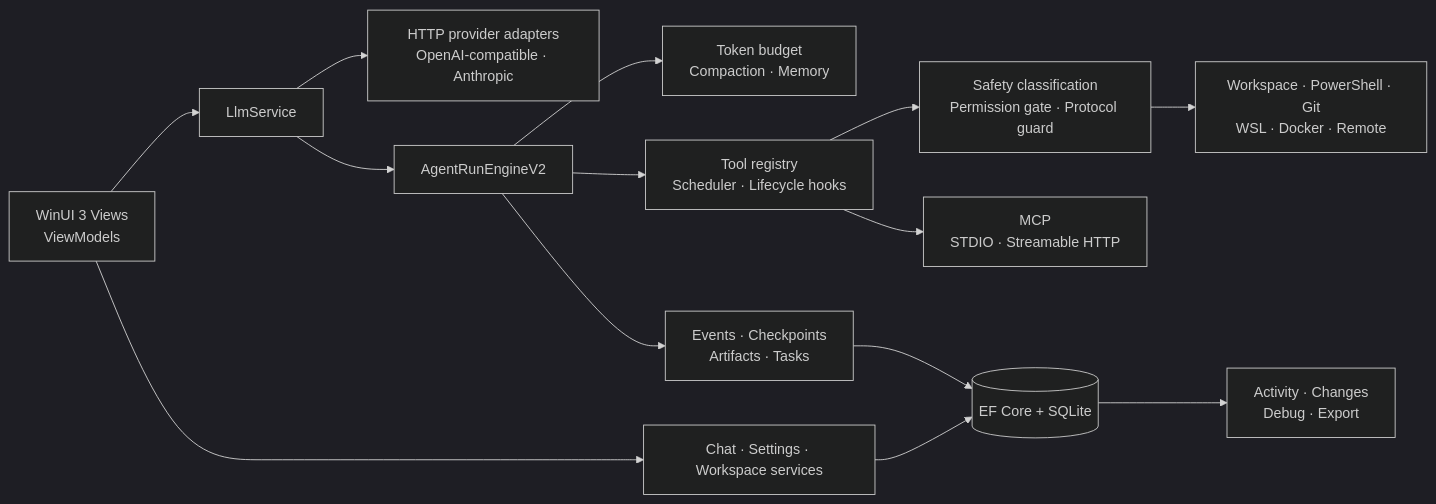
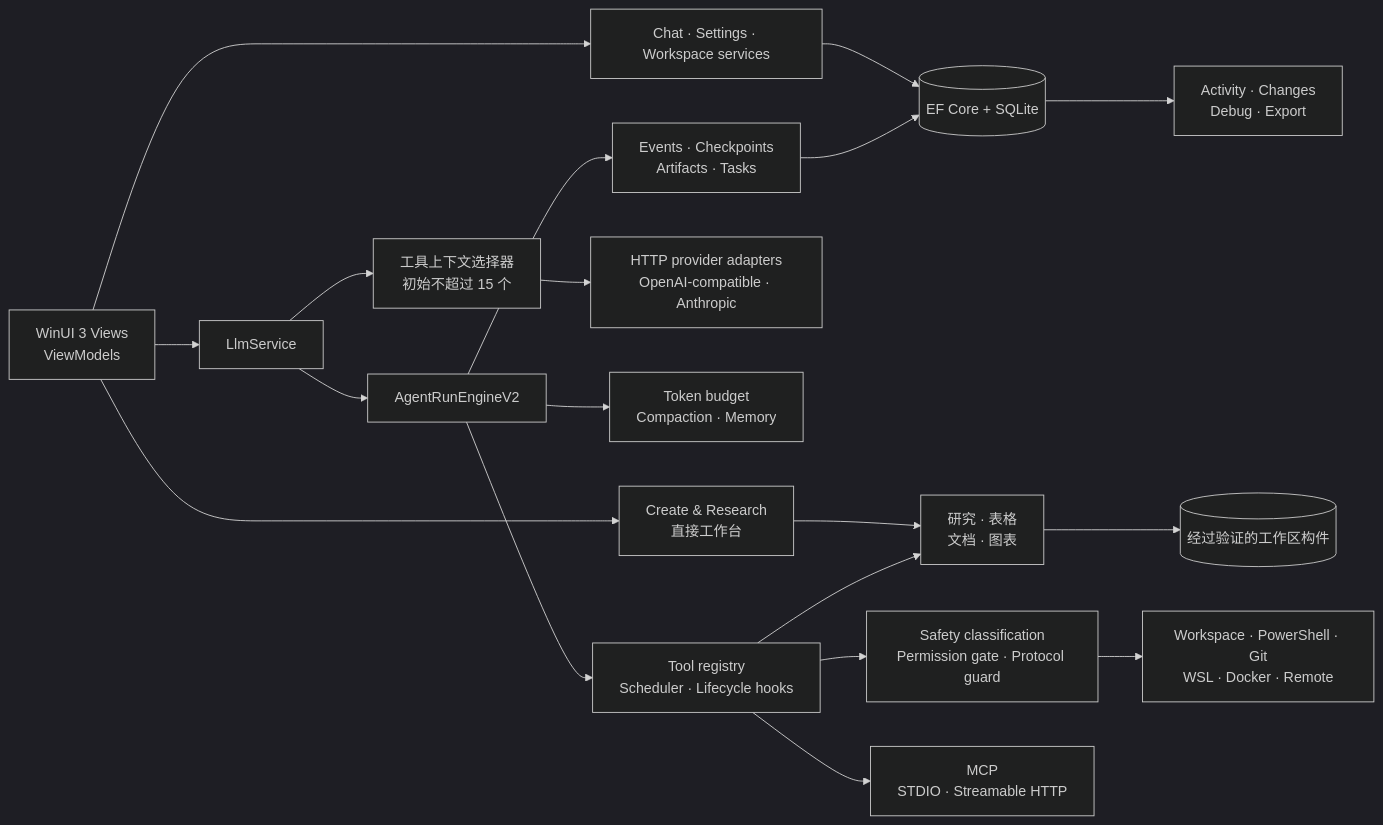
The diagram in README-CN.md (24373054/TLAH-Studio), drawn with Mermaid (dark theme) before and after one commit. The commit also changed other lines of this file and 67 other files, not shown here.

````diff
--- a/README-CN.md
+++ b/README-CN.md
@@ -96,16 +112,21 @@
 ```mermaid
 flowchart LR
     UI[WinUI 3 Views<br/>ViewModels] --> ORCH[LlmService]
+    UI --> WORKBENCH[Create & Research<br/>直接工作台]
     UI --> SETTINGS[Chat · Settings · Workspace services]
     SETTINGS --> DB[(EF Core + SQLite)]
-    ORCH --> PROVIDERS[HTTP provider adapters<br/>OpenAI-compatible · Anthropic]
+    ORCH --> SELECTOR[工具上下文选择器<br/>初始不超过 15 个]
+    SELECTOR --> PROVIDERS[HTTP provider adapters<br/>OpenAI-compatible · Anthropic]
     ORCH --> ENGINE[AgentRunEngineV2]
     ENGINE --> CONTEXT[Token budget<br/>Compaction · Memory]
     ENGINE --> TOOLS[Tool registry<br/>Scheduler · Lifecycle hooks]
+    WORKBENCH --> SPECIALISTS[研究 · 表格<br/>文档 · 图表]
+    TOOLS --> SPECIALISTS
+    SPECIALISTS --> FILES[(经过验证的工作区构件)]
     TOOLS --> GUARD[Safety classification<br/>Permission gate · Protocol guard]
     GUARD --> EXEC[Workspace · PowerShell · Git<br/>WSL · Docker · Remote]
     TOOLS --> MCP[MCP<br/>STDIO · Streamable HTTP]
     ENGINE --> EVENTS[Events · Checkpoints<br/>Artifacts · Tasks]
     EVENTS --> DB
     DB --> SURFACES[Activity · Changes<br/>Debug · Export]
 ```
````
